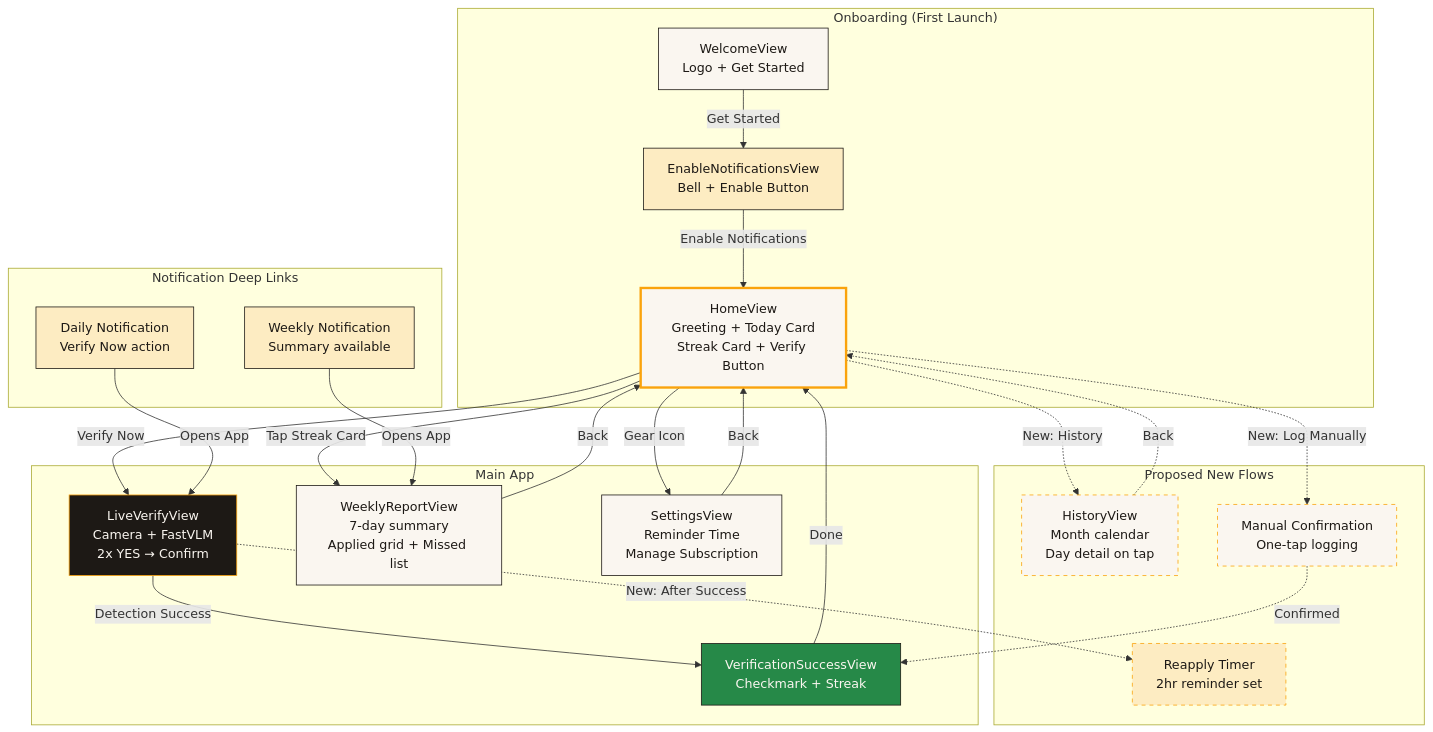
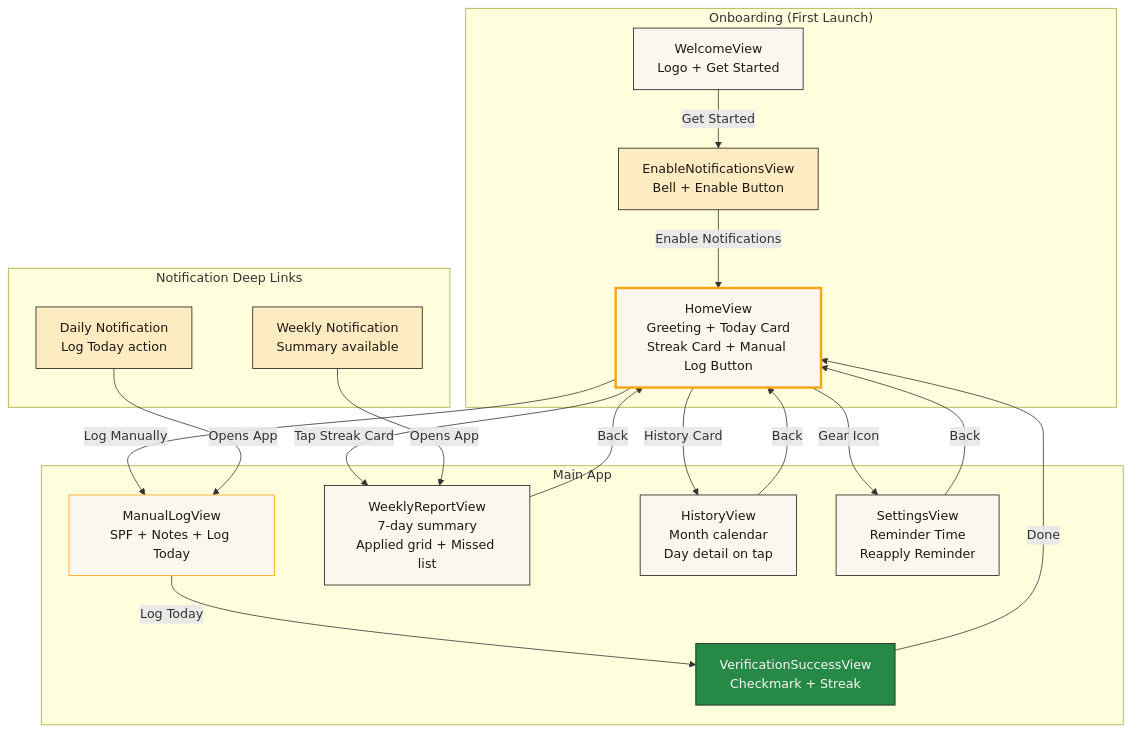
Before and after one commit to peyton/sunclub: the diagram in docs/user-flow-diagram.mermaid, drawn with Mermaid. The commit also changed 71 other files, not shown here.

```diff
--- a/docs/user-flow-diagram.mermaid
+++ b/docs/user-flow-diagram.mermaid
@@ -1,42 +1,34 @@
 graph TD
     subgraph Onboarding ["Onboarding (First Launch)"]
         W[WelcomeView<br/>Logo + Get Started] -->|Get Started| EN[EnableNotificationsView<br/>Bell + Enable Button]
         EN -->|Enable Notifications| H
     end
 
     subgraph Main ["Main App"]
-        H[HomeView<br/>Greeting + Today Card<br/>Streak Card + Verify Button]
-        H -->|Verify Now| LV[LiveVerifyView<br/>Camera + FastVLM<br/>2x YES → Confirm]
-        LV -->|Detection Success| VS[VerificationSuccessView<br/>Checkmark + Streak]
+        H[HomeView<br/>Greeting + Today Card<br/>Streak Card + Manual Log Button]
+        H -->|Log Manually| ML[ManualLogView<br/>SPF + Notes + Log Today]
+        ML -->|Log Today| VS[VerificationSuccessView<br/>Checkmark + Streak]
         VS -->|Done| H
         H -->|Tap Streak Card| WR[WeeklyReportView<br/>7-day summary<br/>Applied grid + Missed list]
         WR -->|Back| H
-        H -->|Gear Icon| S[SettingsView<br/>Reminder Time<br/>Manage Subscription]
+        H -->|History Card| HIS[HistoryView<br/>Month calendar<br/>Day detail on tap]
+        HIS -->|Back| H
+        H -->|Gear Icon| S[SettingsView<br/>Reminder Time<br/>Reapply Reminder]
         S -->|Back| H
     end
 
     subgraph Notifications ["Notification Deep Links"]
-        DN[Daily Notification<br/>Verify Now action] -->|Opens App| LV
+        DN[Daily Notification<br/>Log Today action] -->|Opens App| ML
         WN[Weekly Notification<br/>Summary available] -->|Opens App| WR
-    end
-
-    subgraph "Proposed New Flows"
-        H -.->|New: History| HIS[HistoryView<br/>Month calendar<br/>Day detail on tap]
-        HIS -.->|Back| H
-        H -.->|New: Log Manually| MC[Manual Confirmation<br/>One-tap logging]
-        MC -.->|Confirmed| VS
-        LV -.->|New: After Success| RA[Reapply Timer<br/>2hr reminder set]
     end
 
     style W fill:#faf6f0,stroke:#1d1915,color:#1d1915
     style EN fill:#fdecc2,stroke:#1d1915,color:#1d1915
     style H fill:#faf6f0,stroke:#faa30c,color:#1d1915,stroke-width:3px
-    style LV fill:#1d1915,stroke:#faa30c,color:#faf6f0
+    style ML fill:#faf6f0,stroke:#faa30c,color:#1d1915
     style VS fill:#268948,stroke:#1d1915,color:#faf6f0
     style WR fill:#faf6f0,stroke:#1d1915,color:#1d1915
+    style HIS fill:#faf6f0,stroke:#1d1915,color:#1d1915
     style S fill:#faf6f0,stroke:#1d1915,color:#1d1915
     style DN fill:#fdecc2,stroke:#1d1915,color:#1d1915
     style WN fill:#fdecc2,stroke:#1d1915,color:#1d1915
-    style HIS fill:#faf6f0,stroke:#faa30c,color:#1d1915,stroke-dasharray:5 5
-    style MC fill:#faf6f0,stroke:#faa30c,color:#1d1915,stroke-dasharray:5 5
-    style RA fill:#fdecc2,stroke:#faa30c,color:#1d1915,stroke-dasharray:5 5
```
